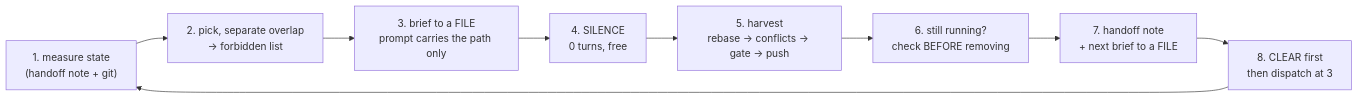
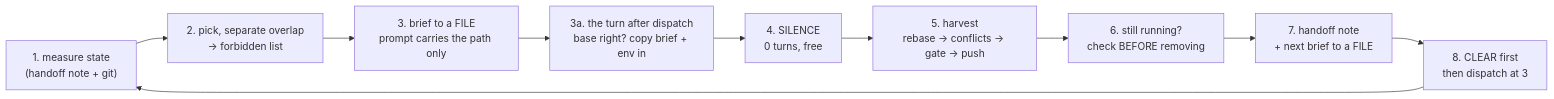
The first of 2 diagrams in README.md (sh5623/parallel-worktree), drawn with Mermaid before and after one commit. The commit also changed other lines of this file and 5 other files, not shown here.

````diff
--- a/README.md
+++ b/README.md
@@ -92,11 +92,12 @@
 ```mermaid
 flowchart LR
     A["1. measure state<br/>(handoff note + git)"] --> B["2. pick, separate overlap<br/>→ forbidden list"]
     B --> C["3. brief to a FILE<br/>prompt carries the path only"]
-    C --> D["4. SILENCE<br/>0 turns, free"]
+    C --> C2["3a. the turn after dispatch<br/>base right? copy brief + env in"]
+    C2 --> D["4. SILENCE<br/>0 turns, free"]
     D --> E["5. harvest<br/>rebase → conflicts → gate → push"]
     E --> F["6. still running?<br/>check BEFORE removing"]
     F --> G["7. handoff note<br/>+ next brief to a FILE"]
     G --> H["8. CLEAR first<br/>then dispatch at 3"]
     H --> A
 ```
````
